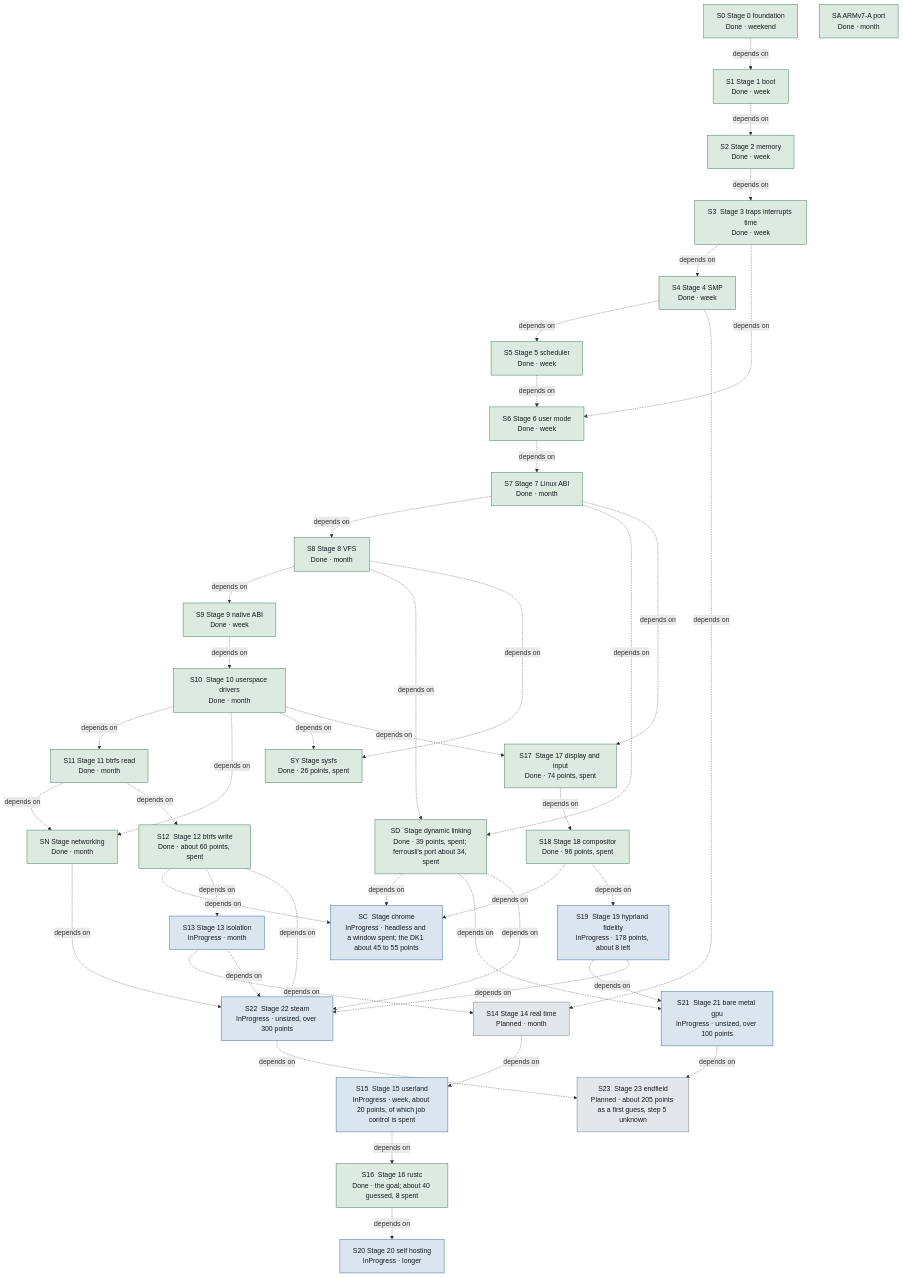
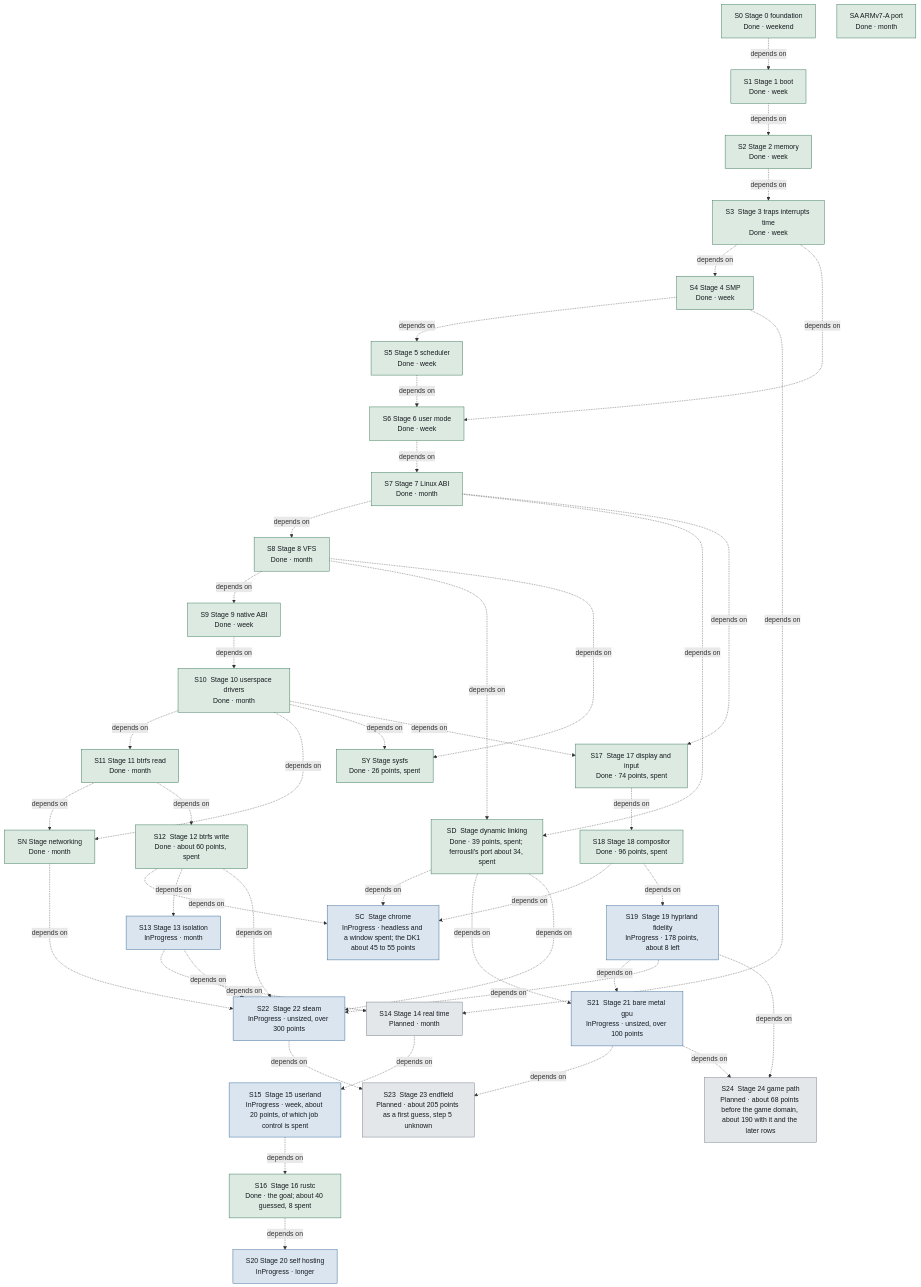
One commit to ferrix-os/ferrix changed diagram 17 of 20 in docs/generated/ARCHITECTURE.md. Above: the diagram before and after it, drawn with Mermaid. The commit also changed other lines of this file and 13 other files, not shown here.

First line of the commit message:
Roadmap: stage 24, the game path

````diff
--- a/docs/generated/ARCHITECTURE.md
+++ b/docs/generated/ARCHITECTURE.md
@@ -3012,79 +3013,82 @@
 ```mermaid
 flowchart TB
   n0_FerrixRoadmap_stage0Foundation["S0  Stage 0 foundation<br>Done · weekend"]
   n1_FerrixRoadmap_stage1Boot["S1  Stage 1 boot<br>Done · week"]
   n2_FerrixRoadmap_stage2Memory["S2  Stage 2 memory<br>Done · week"]
   n3_FerrixRoadmap_stage3TrapsInterruptsTime["S3  Stage 3 traps interrupts time<br>Done · week"]
   n4_FerrixRoadmap_stage4Smp["S4  Stage 4 SMP<br>Done · week"]
   n5_FerrixRoadmap_armv7aPort["SA  ARMv7-A port<br>Done · month"]
   n6_FerrixRoadmap_stage5Scheduler["S5  Stage 5 scheduler<br>Done · week"]
   n7_FerrixRoadmap_stage6UserMode["S6  Stage 6 user mode<br>Done · week"]
   n8_FerrixRoadmap_stage7LinuxAbi["S7  Stage 7 Linux ABI<br>Done · month"]
   n9_FerrixRoadmap_stage8Vfs["S8  Stage 8 VFS<br>Done · month"]
   n10_FerrixRoadmap_stage9NativeAbi["S9  Stage 9 native ABI<br>Done · week"]
   n11_FerrixRoadmap_stage10UserspaceDrivers["S10  Stage 10 userspace drivers<br>Done · month"]
   n12_FerrixRoadmap_stage11BtrfsRead["S11  Stage 11 btrfs read<br>Done · month"]
   n13_FerrixRoadmap_stageNetworking["SN  Stage networking<br>Done · month"]
   n14_FerrixRoadmap_stageDynamicLinking["SD  Stage dynamic linking<br>Done · 39 points, spent; ferrousli's port about 34, spent"]
   n15_FerrixRoadmap_stageSysfs["SY  Stage sysfs<br>Done · 26 points, spent"]
   n16_FerrixRoadmap_stageChrome["SC  Stage chrome<br>InProgress · headless and a window spent; the DK1 about 45 to 55 points"]
   n17_FerrixRoadmap_stage12BtrfsWrite["S12  Stage 12 btrfs write<br>Done · about 60 points, spent"]
   n18_FerrixRoadmap_stage13Isolation["S13  Stage 13 isolation<br>InProgress · month"]
   n19_FerrixRoadmap_stage14RealTime["S14  Stage 14 real time<br>Planned · month"]
   n20_FerrixRoadmap_stage15Userland["S15  Stage 15 userland<br>InProgress · week, about 20 points, of which job control is spent"]
   n21_FerrixRoadmap_stage16Rustc["S16  Stage 16 rustc<br>Done · the goal; about 40 guessed, 8 spent"]
   n22_FerrixRoadmap_stage17DisplayAndInput["S17  Stage 17 display and input<br>Done · 74 points, spent"]
   n23_FerrixRoadmap_stage18Compositor["S18  Stage 18 compositor<br>Done · 96 points, spent"]
   n24_FerrixRoadmap_stage19HyprlandFidelity["S19  Stage 19 hyprland fidelity<br>InProgress · 178 points, about 8 left"]
   n25_FerrixRoadmap_stage21BareMetalGpu["S21  Stage 21 bare metal gpu<br>InProgress · unsized, over 100 points"]
   n26_FerrixRoadmap_stage22Steam["S22  Stage 22 steam<br>InProgress · unsized, over 300 points"]
   n27_FerrixRoadmap_stage23Endfield["S23  Stage 23 endfield<br>Planned · about 205 points as a first guess, step 5 unknown"]
-  n28_FerrixRoadmap_stage20SelfHosting["S20  Stage 20 self hosting<br>InProgress · longer"]
+  n28_FerrixRoadmap_stage24GamePath["S24  Stage 24 game path<br>Planned · about 68 points before the game domain, about 190 with it and the later rows"]
+  n29_FerrixRoadmap_stage20SelfHosting["S20  Stage 20 self hosting<br>InProgress · longer"]
   n0_FerrixRoadmap_stage0Foundation -. "depends on" .-> n1_FerrixRoadmap_stage1Boot
   n1_FerrixRoadmap_stage1Boot -. "depends on" .-> n2_FerrixRoadmap_stage2Memory
   n2_FerrixRoadmap_stage2Memory -. "depends on" .-> n3_FerrixRoadmap_stage3TrapsInterruptsTime
   n3_FerrixRoadmap_stage3TrapsInterruptsTime -. "depends on" .-> n4_FerrixRoadmap_stage4Smp
   n4_FerrixRoadmap_stage4Smp -. "depends on" .-> n6_FerrixRoadmap_stage5Scheduler
   n6_FerrixRoadmap_stage5Scheduler -. "depends on" .-> n7_FerrixRoadmap_stage6UserMode
   n3_FerrixRoadmap_stage3TrapsInterruptsTime -. "depends on" .-> n7_FerrixRoadmap_stage6UserMode
   n7_FerrixRoadmap_stage6UserMode -. "depends on" .-> n8_FerrixRoadmap_stage7LinuxAbi
   n8_FerrixRoadmap_stage7LinuxAbi -. "depends on" .-> n9_FerrixRoadmap_stage8Vfs
   n9_FerrixRoadmap_stage8Vfs -. "depends on" .-> n10_FerrixRoadmap_stage9NativeAbi
   n10_FerrixRoadmap_stage9NativeAbi -. "depends on" .-> n11_FerrixRoadmap_stage10UserspaceDrivers
   n11_FerrixRoadmap_stage10UserspaceDrivers -. "depends on" .-> n12_FerrixRoadmap_stage11BtrfsRead
   n12_FerrixRoadmap_stage11BtrfsRead -. "depends on" .-> n13_FerrixRoadmap_stageNetworking
   n11_FerrixRoadmap_stage10UserspaceDrivers -. "depends on" .-> n13_FerrixRoadmap_stageNetworking
   n9_FerrixRoadmap_stage8Vfs -. "depends on" .-> n14_FerrixRoadmap_stageDynamicLinking
   n8_FerrixRoadmap_stage7LinuxAbi -. "depends on" .-> n14_FerrixRoadmap_stageDynamicLinking
   n9_FerrixRoadmap_stage8Vfs -. "depends on" .-> n15_FerrixRoadmap_stageSysfs
   n11_FerrixRoadmap_stage10UserspaceDrivers -. "depends on" .-> n15_FerrixRoadmap_stageSysfs
   n14_FerrixRoadmap_stageDynamicLinking -. "depends on" .-> n16_FerrixRoadmap_stageChrome
   n17_FerrixRoadmap_stage12BtrfsWrite -. "depends on" .-> n16_FerrixRoadmap_stageChrome
   n23_FerrixRoadmap_stage18Compositor -. "depends on" .-> n16_FerrixRoadmap_stageChrome
   n12_FerrixRoadmap_stage11BtrfsRead -. "depends on" .-> n17_FerrixRoadmap_stage12BtrfsWrite
   n17_FerrixRoadmap_stage12BtrfsWrite -. "depends on" .-> n18_FerrixRoadmap_stage13Isolation
   n18_FerrixRoadmap_stage13Isolation -. "depends on" .-> n19_FerrixRoadmap_stage14RealTime
   n4_FerrixRoadmap_stage4Smp -. "depends on" .-> n19_FerrixRoadmap_stage14RealTime
   n19_FerrixRoadmap_stage14RealTime -. "depends on" .-> n20_FerrixRoadmap_stage15Userland
   n20_FerrixRoadmap_stage15Userland -. "depends on" .-> n21_FerrixRoadmap_stage16Rustc
   n11_FerrixRoadmap_stage10UserspaceDrivers -. "depends on" .-> n22_FerrixRoadmap_stage17DisplayAndInput
   n8_FerrixRoadmap_stage7LinuxAbi -. "depends on" .-> n22_FerrixRoadmap_stage17DisplayAndInput
   n22_FerrixRoadmap_stage17DisplayAndInput -. "depends on" .-> n23_FerrixRoadmap_stage18Compositor
   n23_FerrixRoadmap_stage18Compositor -. "depends on" .-> n24_FerrixRoadmap_stage19HyprlandFidelity
-  n21_FerrixRoadmap_stage16Rustc -. "depends on" .-> n28_FerrixRoadmap_stage20SelfHosting
+  n21_FerrixRoadmap_stage16Rustc -. "depends on" .-> n29_FerrixRoadmap_stage20SelfHosting
   n24_FerrixRoadmap_stage19HyprlandFidelity -. "depends on" .-> n25_FerrixRoadmap_stage21BareMetalGpu
   n14_FerrixRoadmap_stageDynamicLinking -. "depends on" .-> n25_FerrixRoadmap_stage21BareMetalGpu
   n24_FerrixRoadmap_stage19HyprlandFidelity -. "depends on" .-> n26_FerrixRoadmap_stage22Steam
   n14_FerrixRoadmap_stageDynamicLinking -. "depends on" .-> n26_FerrixRoadmap_stage22Steam
   n17_FerrixRoadmap_stage12BtrfsWrite -. "depends on" .-> n26_FerrixRoadmap_stage22Steam
   n18_FerrixRoadmap_stage13Isolation -. "depends on" .-> n26_FerrixRoadmap_stage22Steam
   n13_FerrixRoadmap_stageNetworking -. "depends on" .-> n26_FerrixRoadmap_stage22Steam
   n26_FerrixRoadmap_stage22Steam -. "depends on" .-> n27_FerrixRoadmap_stage23Endfield
   n25_FerrixRoadmap_stage21BareMetalGpu -. "depends on" .-> n27_FerrixRoadmap_stage23Endfield
+  n25_FerrixRoadmap_stage21BareMetalGpu -. "depends on" .-> n28_FerrixRoadmap_stage24GamePath
+  n24_FerrixRoadmap_stage19HyprlandFidelity -. "depends on" .-> n28_FerrixRoadmap_stage24GamePath
   classDef implemented fill:#dceae2,stroke:#2c6e4e,color:#16191d
   classDef inProgress fill:#dae5f0,stroke:#2a5f8f,color:#16191d
   classDef planned fill:#e4e7ea,stroke:#6a737e,color:#16191d
   class n0_FerrixRoadmap_stage0Foundation,n1_FerrixRoadmap_stage1Boot,n2_FerrixRoadmap_stage2Memory,n3_FerrixRoadmap_stage3TrapsInterruptsTime,n4_FerrixRoadmap_stage4Smp,n5_FerrixRoadmap_armv7aPort,n6_FerrixRoadmap_stage5Scheduler,n7_FerrixRoadmap_stage6UserMode,n8_FerrixRoadmap_stage7LinuxAbi,n9_FerrixRoadmap_stage8Vfs,n10_FerrixRoadmap_stage9NativeAbi,n11_FerrixRoadmap_stage10UserspaceDrivers,n12_FerrixRoadmap_stage11BtrfsRead,n13_FerrixRoadmap_stageNetworking,n14_FerrixRoadmap_stageDynamicLinking,n15_FerrixRoadmap_stageSysfs,n17_FerrixRoadmap_stage12BtrfsWrite,n21_FerrixRoadmap_stage16Rustc,n22_FerrixRoadmap_stage17DisplayAndInput,n23_FerrixRoadmap_stage18Compositor implemented
-  class n16_FerrixRoadmap_stageChrome,n18_FerrixRoadmap_stage13Isolation,n20_FerrixRoadmap_stage15Userland,n24_FerrixRoadmap_stage19HyprlandFidelity,n25_FerrixRoadmap_stage21BareMetalGpu,n26_FerrixRoadmap_stage22Steam,n28_FerrixRoadmap_stage20SelfHosting inProgress
-  class n19_FerrixRoadmap_stage14RealTime,n27_FerrixRoadmap_stage23Endfield planned
+  class n16_FerrixRoadmap_stageChrome,n18_FerrixRoadmap_stage13Isolation,n20_FerrixRoadmap_stage15Userland,n24_FerrixRoadmap_stage19HyprlandFidelity,n25_FerrixRoadmap_stage21BareMetalGpu,n26_FerrixRoadmap_stage22Steam,n29_FerrixRoadmap_stage20SelfHosting inProgress
+  class n19_FerrixRoadmap_stage14RealTime,n27_FerrixRoadmap_stage23Endfield,n28_FerrixRoadmap_stage24GamePath planned
 ```
````
